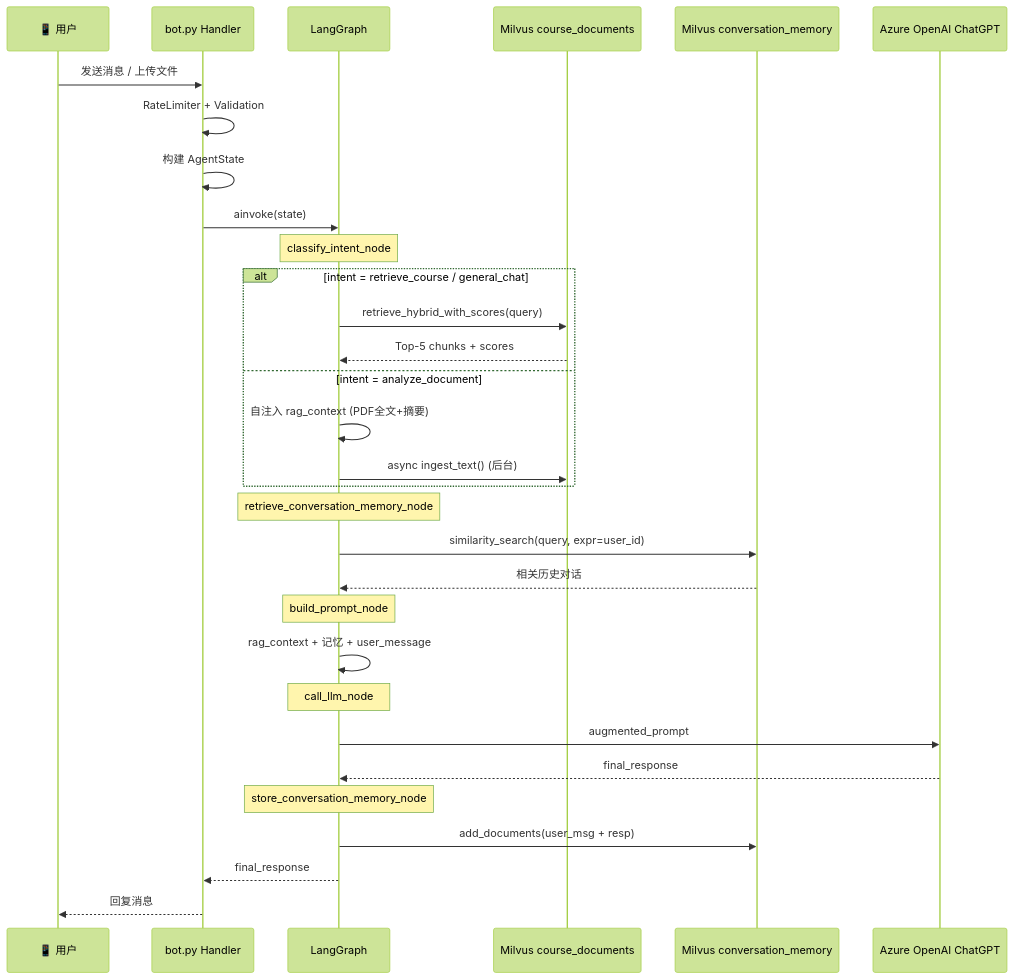
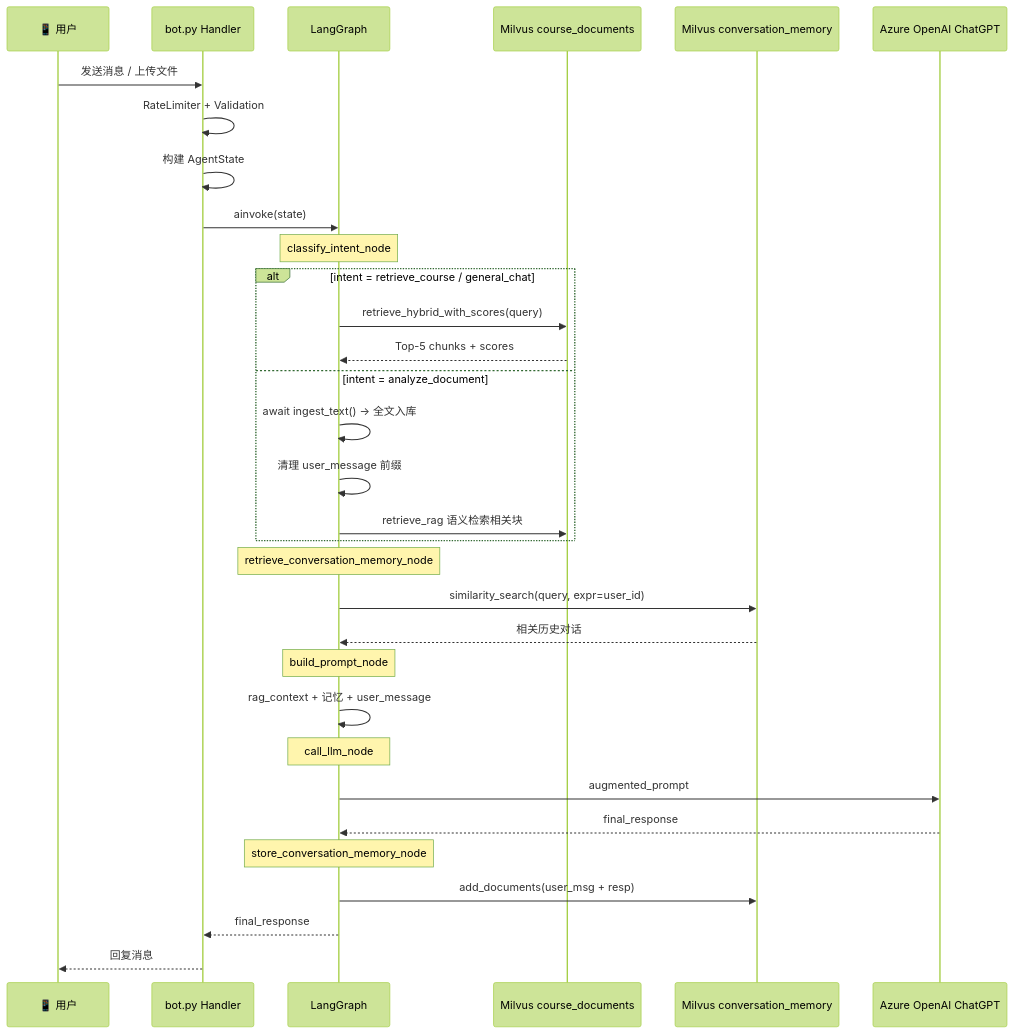
One commit to ravemelodic/Multi-functional_AI_Assistant changed the seventh of 9 diagrams in 流程图.md. Above: the diagram before and after it, drawn with Mermaid (forest theme). The commit also changed other lines of this file and 9 other files, not shown here.

First line of the commit message:
refactor: PDF 分析改为纯提取+入库+retrieve_rag 语义检索

````diff
--- a/流程图.md
+++ b/流程图.md
@@ -211,39 +212,40 @@
 ```mermaid
 sequenceDiagram
     participant User as 📱 用户
     participant Bot as bot.py Handler
     participant Graph as LangGraph
     participant Milvus_C as Milvus course_documents
     participant Milvus_M as Milvus conversation_memory
     participant LLM as Azure OpenAI ChatGPT
 
     User->>Bot: 发送消息 / 上传文件
     Bot->>Bot: RateLimiter + Validation
     Bot->>Bot: 构建 AgentState
     Bot->>Graph: ainvoke(state)
 
     Note over Graph: classify_intent_node
     alt intent = retrieve_course / general_chat
         Graph->>Milvus_C: retrieve_hybrid_with_scores(query)
         Milvus_C-->>Graph: Top-5 chunks + scores
     else intent = analyze_document
-        Graph->>Graph: 自注入 rag_context (PDF全文+摘要)
-        Graph->>Milvus_C: async ingest_text() (后台)
+        Graph->>Graph: await ingest_text() → 全文入库
+        Graph->>Graph: 清理 user_message 前缀
+        Graph->>Milvus_C: retrieve_rag 语义检索相关块
     end
 
     Note over Graph: retrieve_conversation_memory_node
     Graph->>Milvus_M: similarity_search(query, expr=user_id)
     Milvus_M-->>Graph: 相关历史对话
 
     Note over Graph: build_prompt_node
     Graph->>Graph: rag_context + 记忆 + user_message
     Note over Graph: call_llm_node
     Graph->>LLM: augmented_prompt
     LLM-->>Graph: final_response
 
     Note over Graph: store_conversation_memory_node
     Graph->>Milvus_M: add_documents(user_msg + resp)
 
     Graph-->>Bot: final_response
     Bot-->>User: 回复消息
 ```
````
